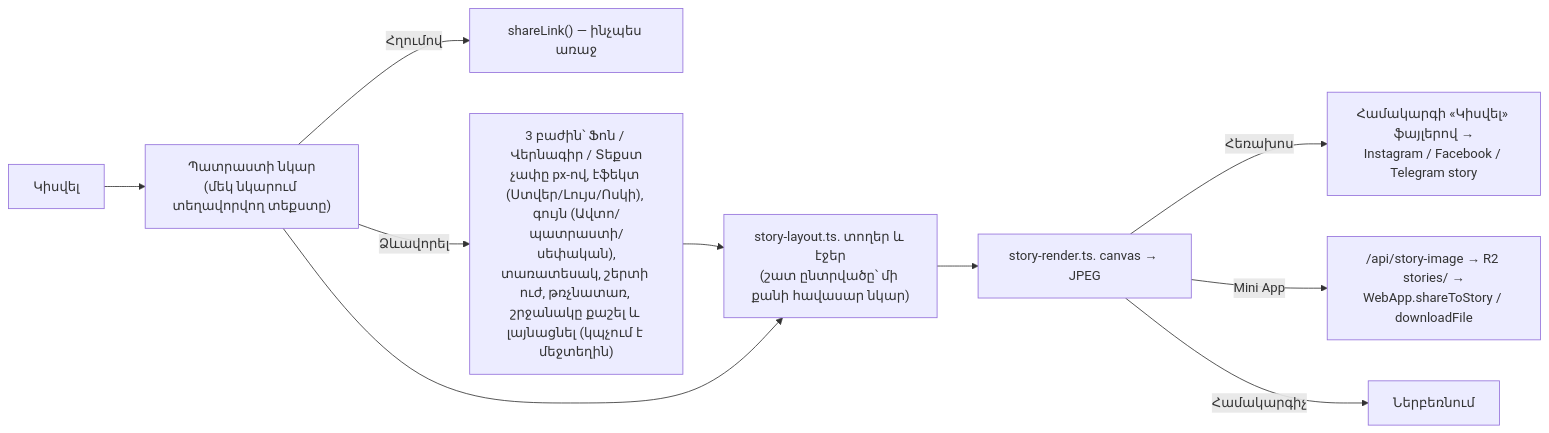
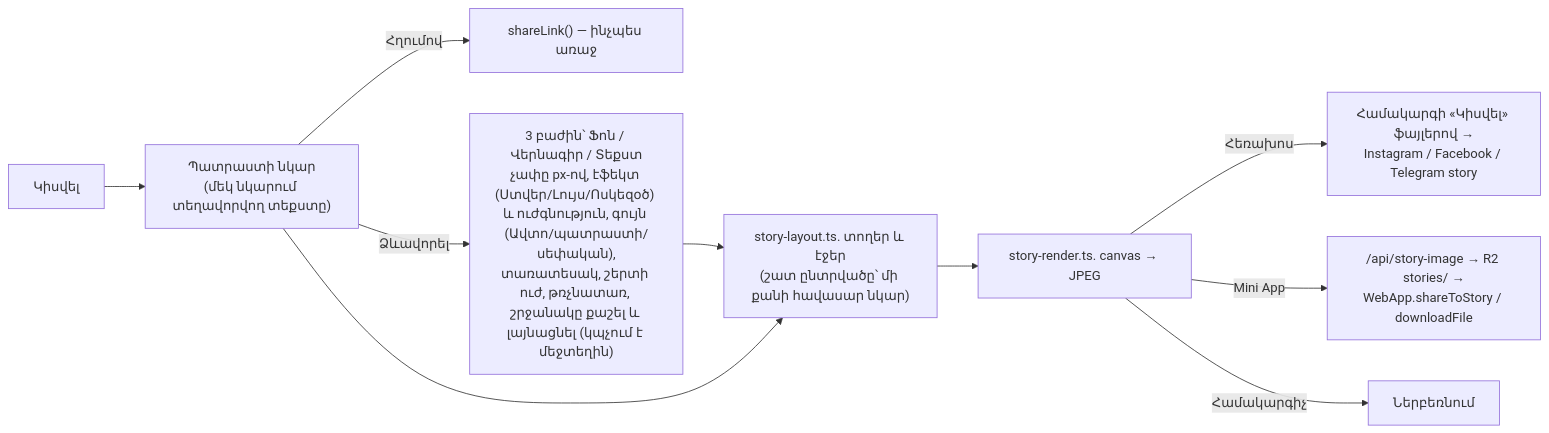
Diagram 19 of 25 in docs/ARCHITECTURE.md (T0n0yan/armenian-apostolic-digital-library), drawn with Mermaid before and after one commit. The commit also changed other lines of this file and 6 other files, not shown here.

````diff
--- a/docs/ARCHITECTURE.md
+++ b/docs/ARCHITECTURE.md
@@ -525,12 +525,12 @@
 ```mermaid
 flowchart LR
   SB["Կիսվել"] --> PRE["Պատրաստի նկար<br/>(մեկ նկարում տեղավորվող տեքստը)"]
   PRE -->|Հղումով| LINK["shareLink() — ինչպես առաջ"]
-  PRE -->|Ձևավորել| ED["3 բաժին՝ Ֆոն / Վերնագիր / Տեքստ<br/>չափը px-ով, էֆեկտ (Ստվեր/Լույս/Ոսկի), գույն (Ավտո/պատրաստի/սեփական),<br/>տառատեսակ, շերտի ուժ, թռչնատառ, շրջանակը քաշել և լայնացնել (կպչում է մեջտեղին)"]
+  PRE -->|Ձևավորել| ED["3 բաժին՝ Ֆոն / Վերնագիր / Տեքստ<br/>չափը px-ով, էֆեկտ (Ստվեր/Լույս/Ոսկեզօծ) և ուժգնություն, գույն (Ավտո/պատրաստի/սեփական),<br/>տառատեսակ, շերտի ուժ, թռչնատառ, շրջանակը քաշել և լայնացնել (կպչում է մեջտեղին)"]
   ED --> PLAN["story-layout.ts. տողեր և էջեր<br/>(շատ ընտրվածը՝ մի քանի հավասար նկար)"]
   PRE --> PLAN
   PLAN --> CV["story-render.ts. canvas → JPEG"]
   CV -->|Հեռախոս| OS["Համակարգի «Կիսվել» ֆայլերով →<br/>Instagram / Facebook / Telegram story"]
   CV -->|Mini App| UP["/api/story-image → R2 stories/ →<br/>WebApp.shareToStory / downloadFile"]
   CV -->|Համակարգիչ| DL["Ներբեռնում"]
 ```
````
